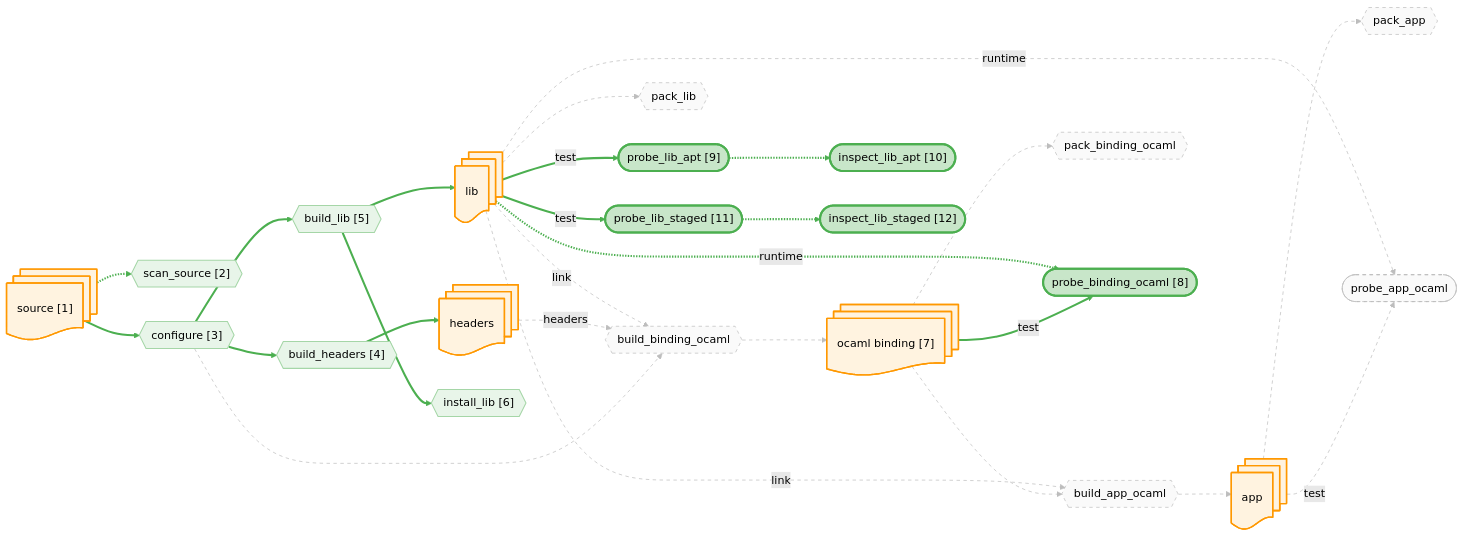
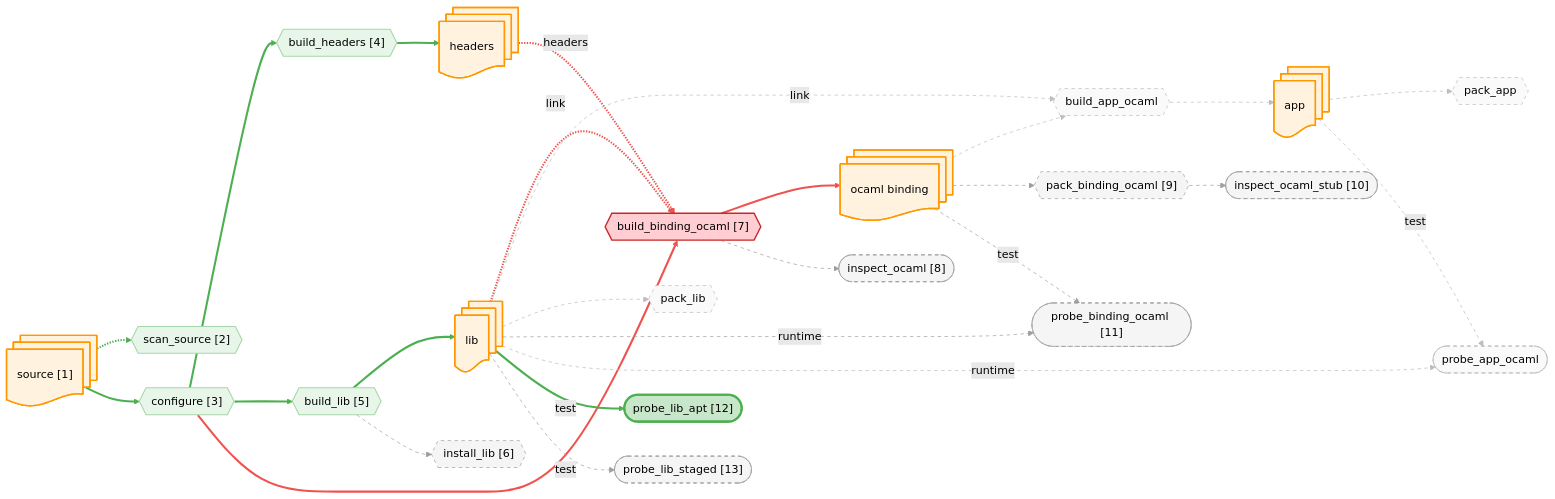
Before and after one commit to JHU-PL-Lab/tola: the diagram in docs/canary/projects/z3/-run/diagrams/probes.mmd, drawn with Mermaid (forest theme). The commit also changed 247 other files, not shown here.

```diff
--- a/docs/canary/projects/z3/-run/diagrams/probes.mmd
+++ b/docs/canary/projects/z3/-run/diagrams/probes.mmd
@@ -1,101 +1,101 @@
 %% view: probes
 graph LR
     source_node@{ shape: docs, label: "source [1]" }
     headers_node@{ shape: docs, label: "headers" }
     lib_node@{ shape: docs, label: "lib" }
     app_node@{ shape: docs, label: "app" }
-    ocaml_binding_node@{ shape: docs, label: "ocaml binding [7]" }
+    ocaml_binding_node@{ shape: docs, label: "ocaml binding" }
 
     A_scan_source{{"scan_source [2]"}}
     A_configure{{"configure [3]"}}
     A_build_headers{{"build_headers [4]"}}
     A_build_lib{{"build_lib [5]"}}
-    A_build_binding_ocaml{{"build_binding_ocaml"}}
+    A_build_binding_ocaml{{"build_binding_ocaml [7]"}}
     A_build_app_ocaml{{"build_app_ocaml"}}
     A_install_lib{{"install_lib [6]"}}
-    A_pack_binding_ocaml{{"pack_binding_ocaml"}}
+    A_pack_binding_ocaml{{"pack_binding_ocaml [9]"}}
     A_pack_lib{{"pack_lib"}}
     A_pack_app{{"pack_app"}}
-    A_probe_binding_ocaml(["probe_binding_ocaml [8]"])
+    A_probe_binding_ocaml(["probe_binding_ocaml [11]"])
     A_probe_app_ocaml(["probe_app_ocaml"])
-    A_probe_lib_apt(["probe_lib_apt [9]"])
-    A_probe_lib_staged(["probe_lib_staged [11]"])
-    A_probe_lib_apt_inspect(["inspect_lib_apt [10]"])
-    A_probe_lib_staged_inspect(["inspect_lib_staged [12]"])
+    A_probe_lib_apt(["probe_lib_apt [12]"])
+    A_probe_lib_staged(["probe_lib_staged [13]"])
+    A_build_binding_ocaml_inspect(["inspect_ocaml [8]"])
+    A_pack_binding_ocaml_stub_inspect(["inspect_ocaml_stub [10]"])
 
     source_node -.-> A_scan_source
     source_node --> A_configure
     A_configure --> A_build_headers
     A_build_headers --> headers_node
     A_configure --> A_build_lib
     A_build_lib --> lib_node
     A_configure --> A_build_binding_ocaml
     headers_node -.->|headers| A_build_binding_ocaml
     lib_node -.->|link| A_build_binding_ocaml
     A_build_binding_ocaml --> ocaml_binding_node
     ocaml_binding_node --> A_build_app_ocaml
     lib_node -.->|link| A_build_app_ocaml
     A_build_app_ocaml --> app_node
     A_build_lib --> A_install_lib
     ocaml_binding_node --> A_pack_binding_ocaml
     lib_node --> A_pack_lib
     app_node --> A_pack_app
     ocaml_binding_node -->|test| A_probe_binding_ocaml
     lib_node -.->|runtime| A_probe_binding_ocaml
     app_node -->|test| A_probe_app_ocaml
     lib_node -.->|runtime| A_probe_app_ocaml
     lib_node -->|test| A_probe_lib_apt
     lib_node -->|test| A_probe_lib_staged
-    A_probe_lib_apt -.-> A_probe_lib_apt_inspect
-    A_probe_lib_staged -.-> A_probe_lib_staged_inspect
+    A_build_binding_ocaml -.-> A_build_binding_ocaml_inspect
+    A_pack_binding_ocaml -.-> A_pack_binding_ocaml_stub_inspect
 
     classDef artifact fill:#fff3e0,stroke:#ff9800,stroke-width:2px
     classDef action fill:#f3e5f5,stroke:#9c27b0,stroke-width:2px
     classDef st_done fill:#c8e6c9,stroke:#4caf50,stroke-width:3px
     classDef st_done_ctx fill:#e8f5e9,stroke:#a5d6a7,stroke-width:1.5px
     classDef st_expected_fail fill:#fff9c4,stroke:#f9a825,stroke-width:2px
     classDef st_failed fill:#ffcdd2,stroke:#c62828,stroke-width:2px
     classDef st_skipped fill:#f5f5f5,stroke:#9e9e9e,stroke-dasharray:5
     classDef st_nospec fill:#fafafa,stroke:#bdbdbd,stroke-dasharray:5
     class source_node,headers_node,lib_node,app_node,ocaml_binding_node artifact
     class A_scan_source st_done_ctx
     class A_configure st_done_ctx
     class A_build_headers st_done_ctx
     class A_build_lib st_done_ctx
-    class A_build_binding_ocaml st_nospec
+    class A_build_binding_ocaml st_failed
     class A_build_app_ocaml st_nospec
-    class A_install_lib st_done_ctx
-    class A_pack_binding_ocaml st_nospec
+    class A_install_lib st_skipped
+    class A_pack_binding_ocaml st_skipped
     class A_pack_lib st_nospec
     class A_pack_app st_nospec
-    class A_probe_binding_ocaml st_done
+    class A_probe_binding_ocaml st_skipped
     class A_probe_app_ocaml st_nospec
     class A_probe_lib_apt st_done
-    class A_probe_lib_staged st_done
-    class A_probe_lib_apt_inspect st_done
-    class A_probe_lib_staged_inspect st_done
+    class A_probe_lib_staged st_skipped
+    class A_build_binding_ocaml_inspect st_skipped
+    class A_pack_binding_ocaml_stub_inspect st_skipped
     linkStyle 0 stroke:#4caf50,stroke-width:3px
     linkStyle 1 stroke:#4caf50,stroke-width:3px
     linkStyle 2 stroke:#4caf50,stroke-width:3px
     linkStyle 3 stroke:#4caf50,stroke-width:3px
     linkStyle 4 stroke:#4caf50,stroke-width:3px
     linkStyle 5 stroke:#4caf50,stroke-width:3px
-    linkStyle 6 stroke:#bdbdbd,stroke-width:1px,stroke-dasharray:5
-    linkStyle 7 stroke:#bdbdbd,stroke-width:1px,stroke-dasharray:5
-    linkStyle 8 stroke:#bdbdbd,stroke-width:1px,stroke-dasharray:5
-    linkStyle 9 stroke:#bdbdbd,stroke-width:1px,stroke-dasharray:5
+    linkStyle 6 stroke:#ef5350,stroke-width:3px
+    linkStyle 7 stroke:#ef5350,stroke-width:3px
+    linkStyle 8 stroke:#ef5350,stroke-width:3px
+    linkStyle 9 stroke:#ef5350,stroke-width:3px
     linkStyle 10 stroke:#bdbdbd,stroke-width:1px,stroke-dasharray:5
     linkStyle 11 stroke:#bdbdbd,stroke-width:1px,stroke-dasharray:5
     linkStyle 12 stroke:#bdbdbd,stroke-width:1px,stroke-dasharray:5
-    linkStyle 13 stroke:#4caf50,stroke-width:3px
-    linkStyle 14 stroke:#bdbdbd,stroke-width:1px,stroke-dasharray:5
+    linkStyle 13 stroke:#9e9e9e,stroke-width:1px,stroke-dasharray:5
+    linkStyle 14 stroke:#9e9e9e,stroke-width:1px,stroke-dasharray:5
     linkStyle 15 stroke:#bdbdbd,stroke-width:1px,stroke-dasharray:5
     linkStyle 16 stroke:#bdbdbd,stroke-width:1px,stroke-dasharray:5
-    linkStyle 17 stroke:#4caf50,stroke-width:3px
-    linkStyle 18 stroke:#4caf50,stroke-width:3px
+    linkStyle 17 stroke:#9e9e9e,stroke-width:1px,stroke-dasharray:5
+    linkStyle 18 stroke:#9e9e9e,stroke-width:1px,stroke-dasharray:5
     linkStyle 19 stroke:#bdbdbd,stroke-width:1px,stroke-dasharray:5
     linkStyle 20 stroke:#bdbdbd,stroke-width:1px,stroke-dasharray:5
     linkStyle 21 stroke:#4caf50,stroke-width:3px
-    linkStyle 22 stroke:#4caf50,stroke-width:3px
-    linkStyle 23 stroke:#4caf50,stroke-width:3px
-    linkStyle 24 stroke:#4caf50,stroke-width:3px
+    linkStyle 22 stroke:#9e9e9e,stroke-width:1px,stroke-dasharray:5
+    linkStyle 23 stroke:#9e9e9e,stroke-width:1px,stroke-dasharray:5
+    linkStyle 24 stroke:#9e9e9e,stroke-width:1px,stroke-dasharray:5
```
